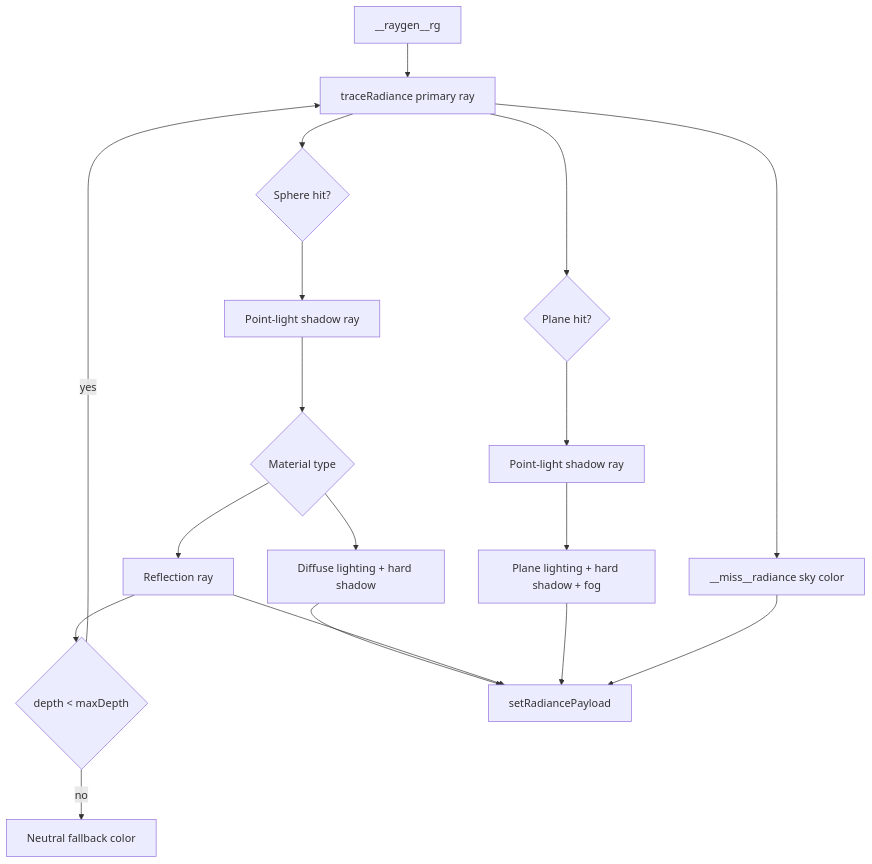
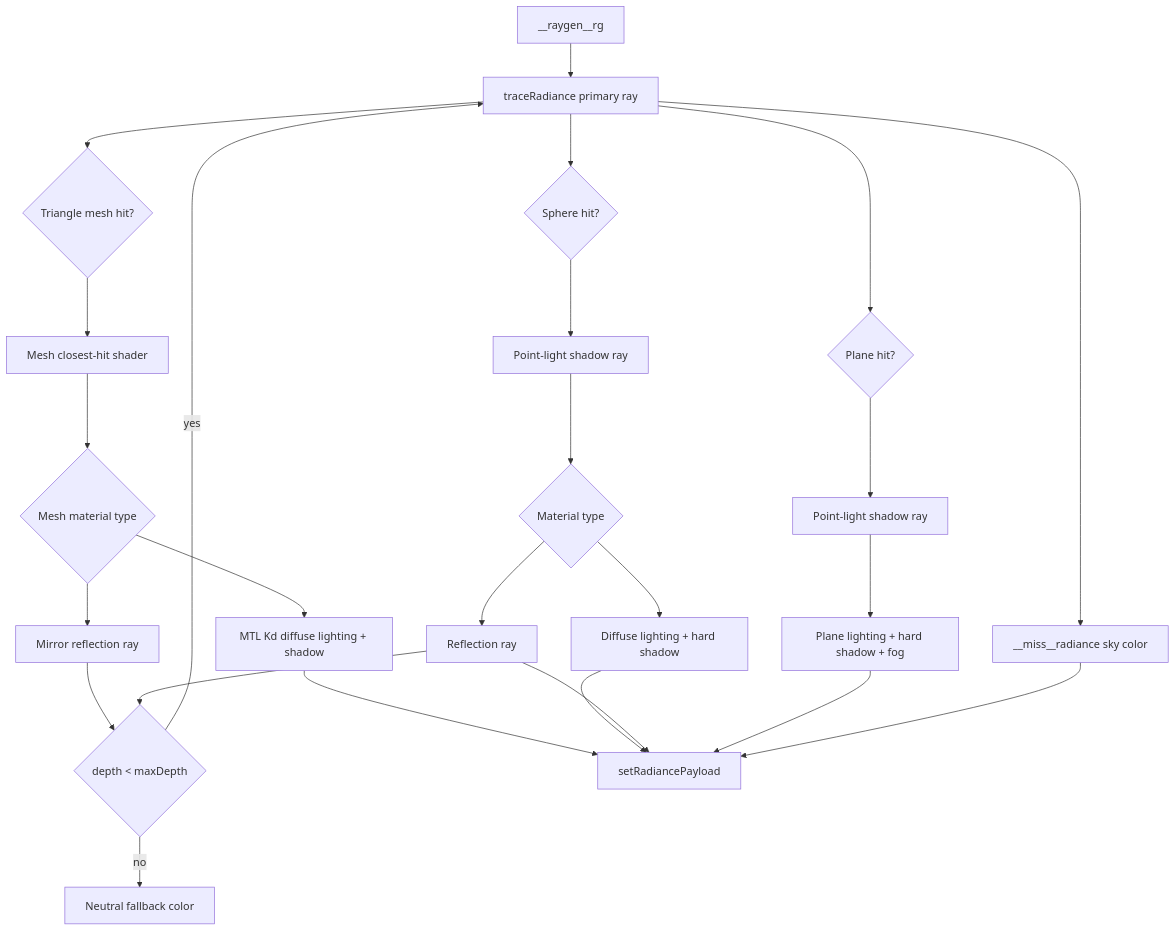
The third of 4 diagrams in RayTracerRTX/docs/architecture.md (Tundraws/RayTracer), drawn with Mermaid before and after one commit. The commit also changed other lines of this file and 6 other files, not shown here.

````diff
--- a/RayTracerRTX/docs/architecture.md
+++ b/RayTracerRTX/docs/architecture.md
@@ -51,20 +59,27 @@
 ```mermaid
 flowchart TD
     RG["__raygen__rg"] --> Primary["traceRadiance primary ray"]
     Primary --> HitSphere{"Sphere hit?"}
+    Primary --> HitMesh{"Triangle mesh hit?"}
     Primary --> HitPlane{"Plane hit?"}
     Primary --> Miss["__miss__radiance sky color"]
     HitSphere --> Shadow["Point-light shadow ray"]
+    HitMesh --> MeshClosestHit["Mesh closest-hit shader"]
+    MeshClosestHit --> MeshMaterial{"Mesh material type"}
+    MeshMaterial --> MeshDiffuse["MTL Kd diffuse lighting + shadow"]
+    MeshMaterial --> MeshMirror["Mirror reflection ray"]
+    MeshMirror --> Depth
+    MeshDiffuse --> Output
     Shadow --> Material{"Material type"}
     Material --> Diffuse["Diffuse lighting + hard shadow"]
     Material --> Mirror["Reflection ray"]
     Mirror --> Depth{"depth < maxDepth"}
     Depth -->|yes| Primary
     Depth -->|no| Fallback["Neutral fallback color"]
     HitPlane --> PlaneShadow["Point-light shadow ray"]
     PlaneShadow --> PlaneLight["Plane lighting + hard shadow + fog"]
     Diffuse --> Output["setRadiancePayload"]
     Mirror --> Output
     PlaneLight --> Output
     Miss --> Output
 ```
````
